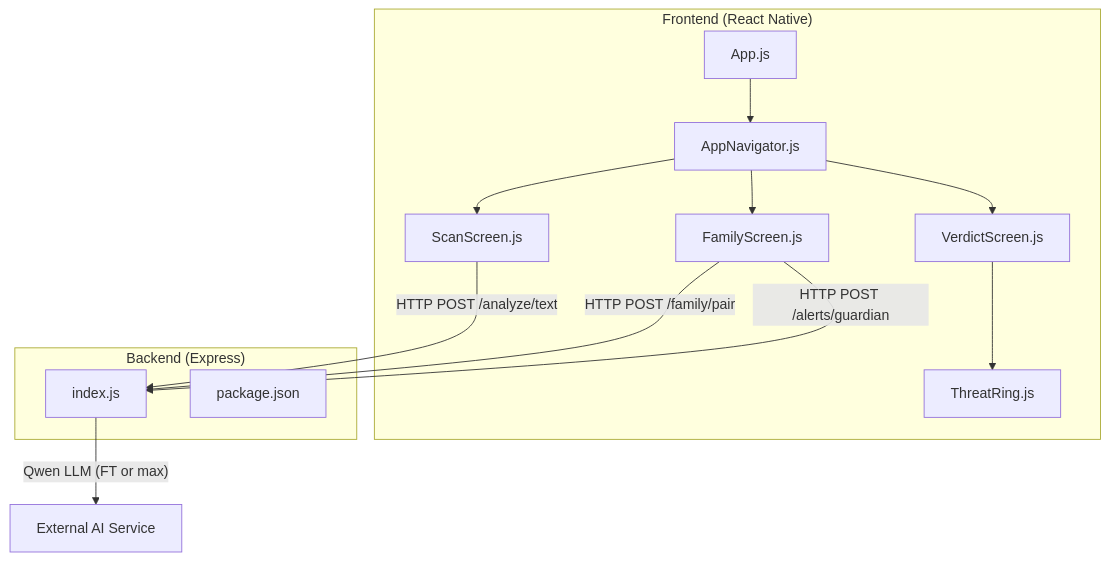
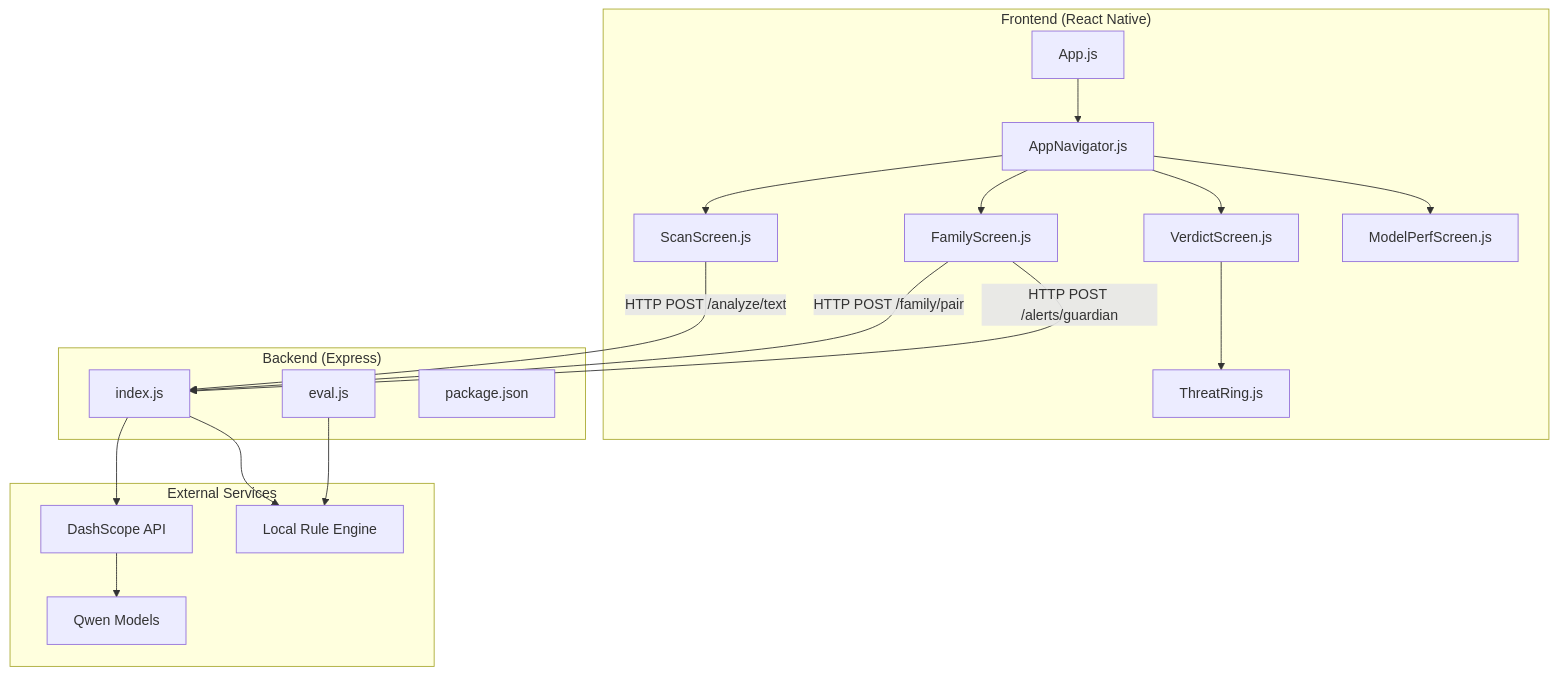
Before and after one commit to cyberNoman/Safe-Pakistan: the first of 6 diagrams in .qoder/repowiki/en/content/Core Features/AI Analysis Engine.md, drawn with Mermaid. The commit also changed other lines of this file and 52 other files, not shown here.

````diff
--- a/.qoder/repowiki/en/content/Core Features/AI Analysis Engine.md
+++ b/.qoder/repowiki/en/content/Core Features/AI Analysis Engine.md
@@ -42,24 +54,35 @@
 ```mermaid
 graph TB
 subgraph "Frontend (React Native)"
 A["App.js"]
 B["AppNavigator.js"]
 C["ScanScreen.js"]
 D["FamilyScreen.js"]
 E["VerdictScreen.js"]
-F["ThreatRing.js"]
+F["ModelPerfScreen.js"]
+G["ThreatRing.js"]
 end
 subgraph "Backend (Express)"
-G["index.js"]
-H["package.json"]
+H["index.js"]
+I["eval.js"]
+J["package.json"]
+end
+subgraph "External Services"
+K["DashScope API"]
+L["Qwen Models"]
+M["Local Rule Engine"]
 end
 A --> B
 B --> C
 B --> D
 B --> E
-E --> F
-C --> |HTTP POST /analyze/text| G
-D --> |HTTP POST /family/pair| G
-D --> |HTTP POST /alerts/guardian| G
-G --> |"Qwen LLM (FT or max)"| I["External AI Service"]
+B --> F
+E --> G
+C --> |HTTP POST /analyze/text| H
+D --> |HTTP POST /family/pair| H
+D --> |HTTP POST /alerts/guardian| H
+H --> K
+K --> L
+H --> M
+I --> M
 ```
````
